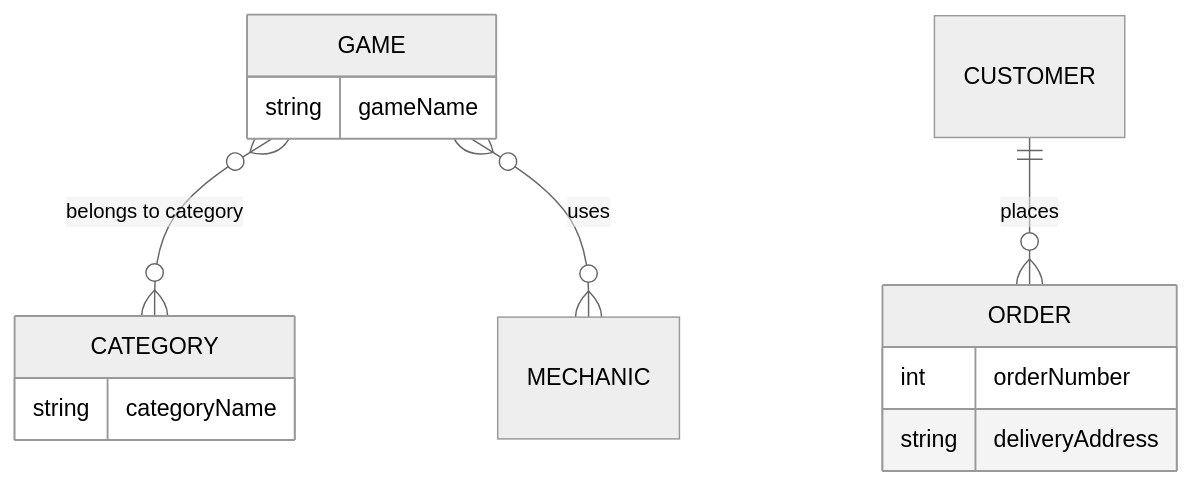
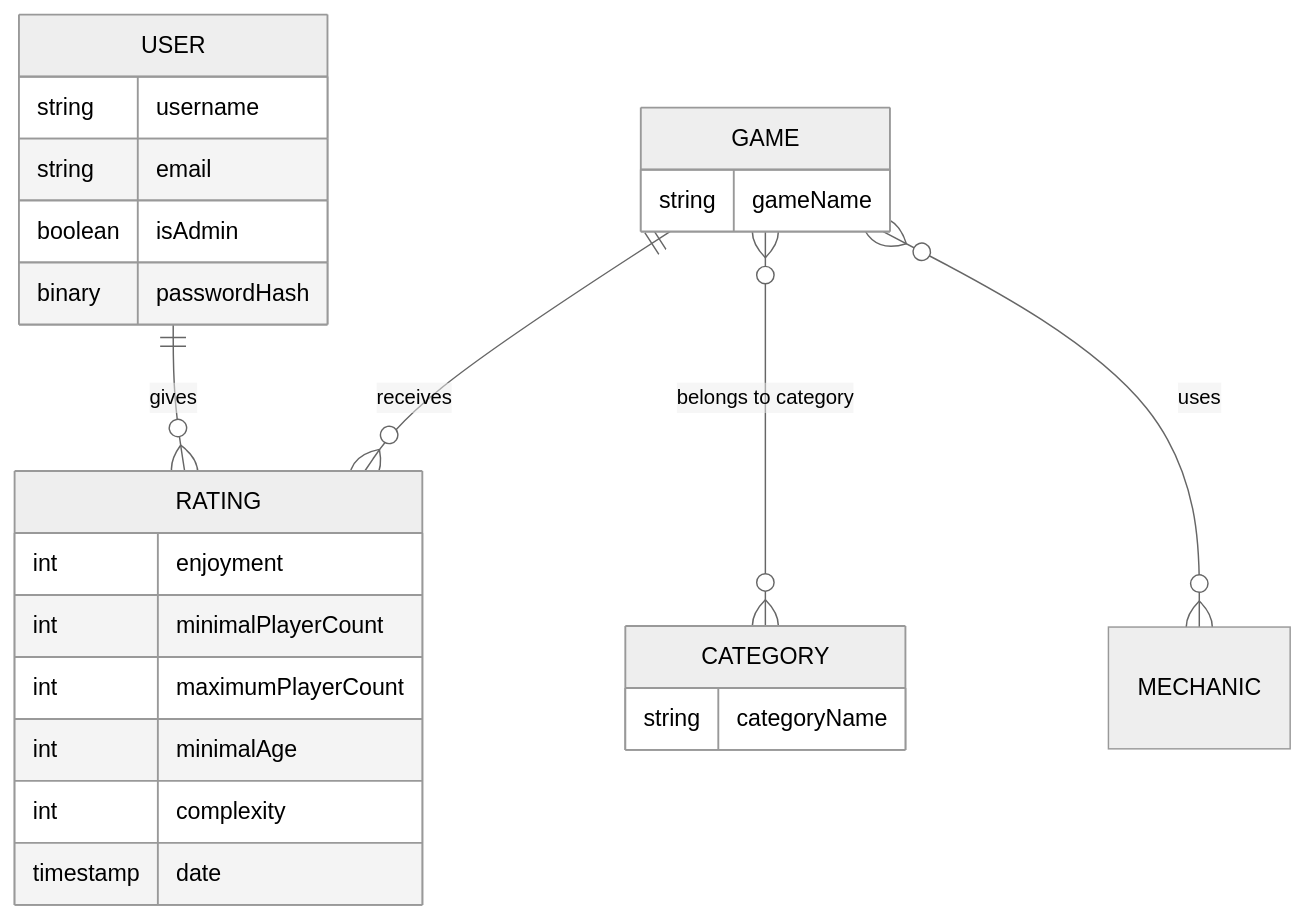
The diagram in docs/case-study/ERD.mmd (christopher-dabrowski/BoardBase), drawn with Mermaid (neutral theme) before and after one commit.

Commit message:
docs: start organizing the ERD diagram

```diff
--- a/docs/case-study/ERD.mmd
+++ b/docs/case-study/ERD.mmd
@@ -1,41 +1,37 @@
 erDiagram
-    %% USER ||--o{ RATING : "gives"
-    %% GAME ||--o{ RATING : "receives"
+    GAME {
+        string gameName
+    }
+    CATEGORY {
+        string categoryName
+    }
+    RATING {
+        int enjoyment
+        int minimalPlayerCount
+        int maximumPlayerCount
+        int minimalAge
+        int complexity
+        timestamp date
+    }
+    USER {
+        string username
+        string email
+        boolean isAdmin
+        binary passwordHash
+    }
+
+    USER ||--o{ RATING : "gives"
+    GAME ||--o{ RATING : "receives"
 
     %% USER ||--o{ REVIEW : "writes"
     %% GAME ||--o{ REVIEW : "is reviewed in"
 
     %% USER ||--|| COLLECTION : "owns"
     %% COLLECTION }o--o{ GAME : "contains"
 
     %% USER ||--|| WISHLIST : "has"
     %% WISHLIST }o--o{ GAME : "includes"
 
     GAME }o--o{ CATEGORY : "belongs to category"
-    GAME {
-        string gameName
-    }
-    CATEGORY {
-        string categoryName
-    }
+
     GAME }o--o{ MECHANIC : "uses"
-
-    %% USER ||--o{ PLAY_SESSION : "logs"
-    %% GAME ||--o{ PLAY_SESSION : "is played in"
-
-    CUSTOMER ||--o{ ORDER : places
-    %% CUSTOMER {
-    %%     string name
-    %%     string custNumber
-    %%     string sector
-    %% }
-    %% ORDER ||--|{ LINE-ITEM : contains
-    ORDER {
-        int orderNumber
-        string deliveryAddress
-    }
-    %% LINE-ITEM {
-    %%     string productCode
-    %%     int quantity
-    %%     float pricePerUnit
-    %% }
```
